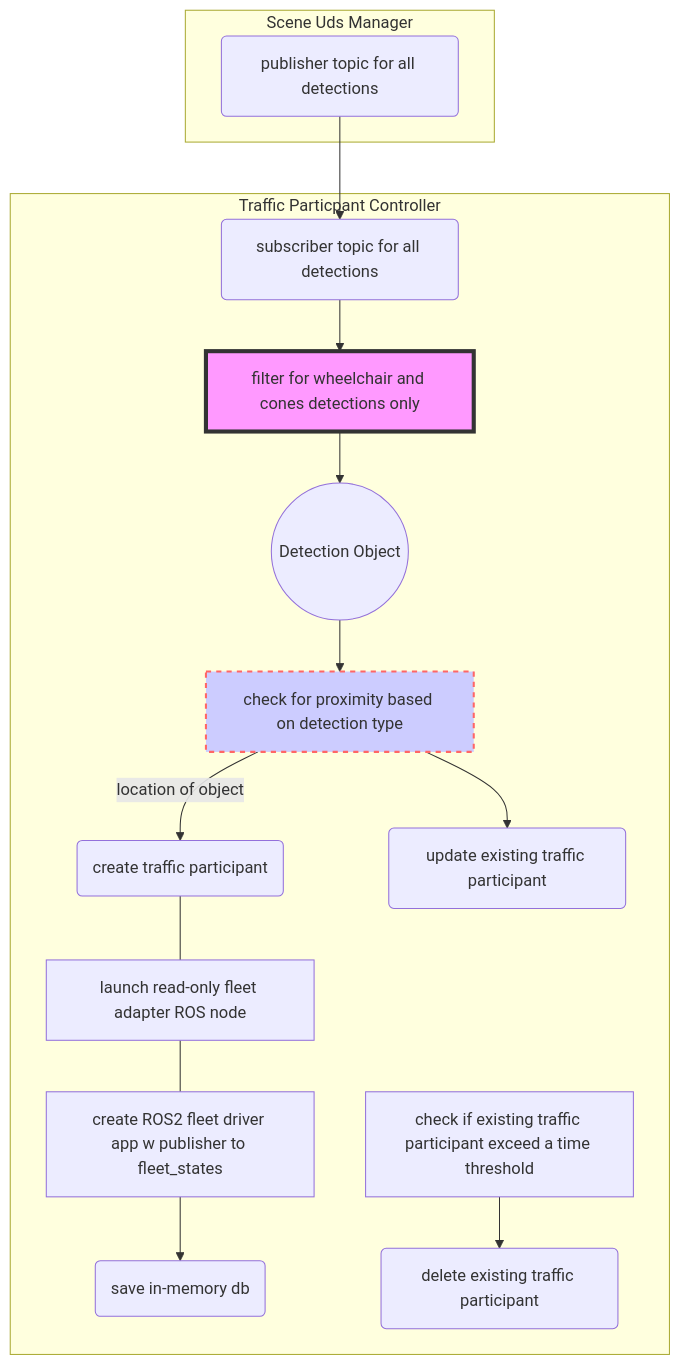
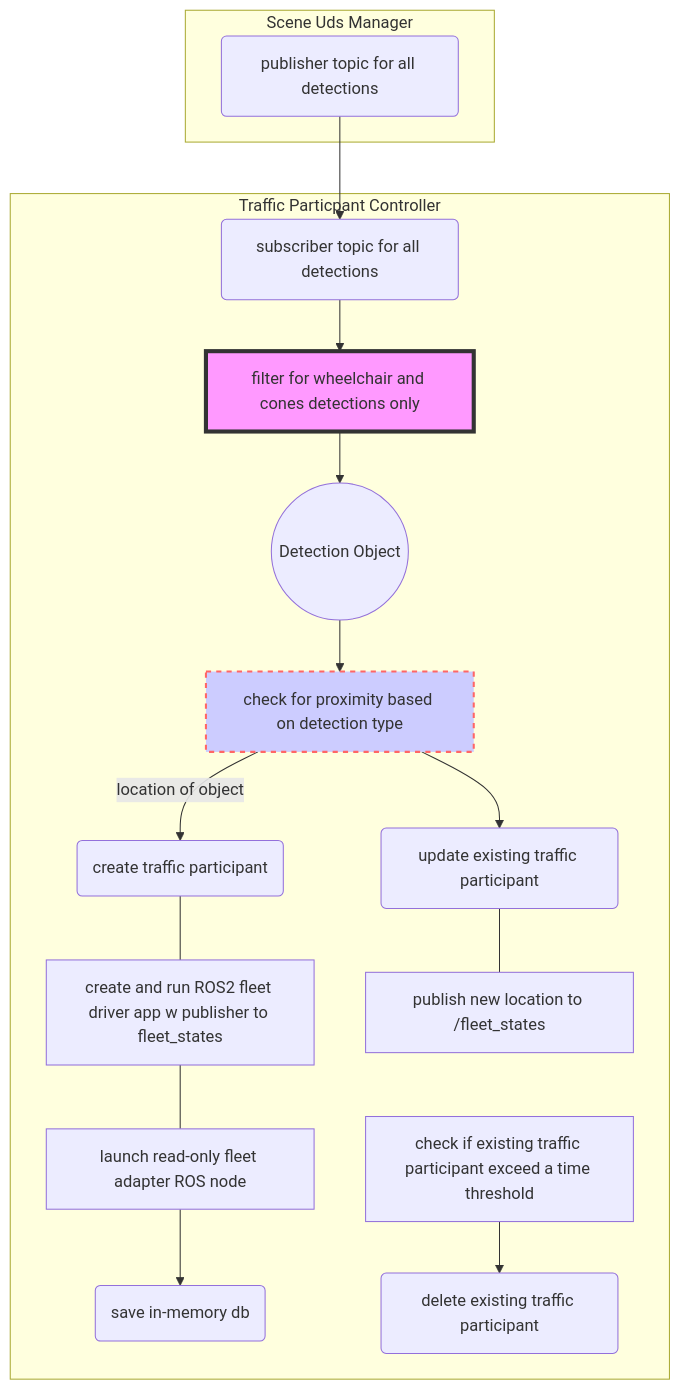
One commit to mxgrey/su_traffic_participant changed the diagram in README.md. Above: the diagram before and after it, drawn with Mermaid.

````diff
--- a/README.md
+++ b/README.md
@@ -5,21 +5,22 @@
 ```mermaid
 graph TB
 
   Publisher --> Subscriber
   subgraph "Scene Uds Manager"
   Publisher(publisher topic for all detections)
   end
 
   subgraph "Traffic Particpant Controller"
   Subscriber(subscriber topic for all detections)
   Subscriber --> FindClass[filter for wheelchair and cones detections only] --> Detection((Detection Object))
   Detection --> Proximity[check for proximity based on detection type]
   style FindClass fill:#f9f,stroke:#333,stroke-width:4px
   style Proximity fill:#ccf,stroke:#f66,stroke-width:2px,stroke-dasharray: 5, 5
   Proximity -- location of object --> Create(create traffic participant)
-  Create --- C1[launch read-only fleet adapter ROS node] --- C2[create ROS2 fleet driver app w publisher to fleet_states] --> Save(save in-memory db)
-  Proximity --> Update(update existing traffic participant)
+  Create --- C1[create and run ROS2 fleet driver app w publisher to fleet_states] --- C2[launch read-only fleet adapter ROS node] --> Save(save in-memory db)
+  Proximity --> Update(update existing traffic participant) 
+  Update --- U1[publish new location to /fleet_states] 
   CountdownTimer[check if existing traffic participant exceed a time threshold] --> Delete(delete existing traffic participant)
 
 end
 ```
````
